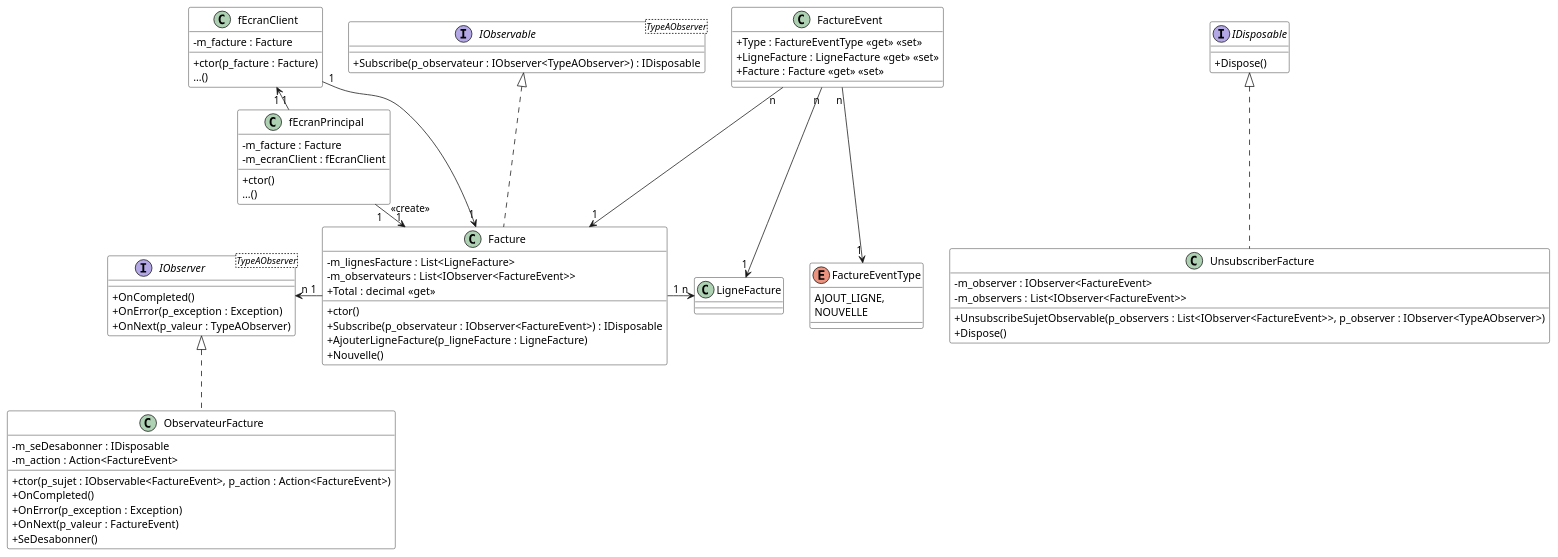
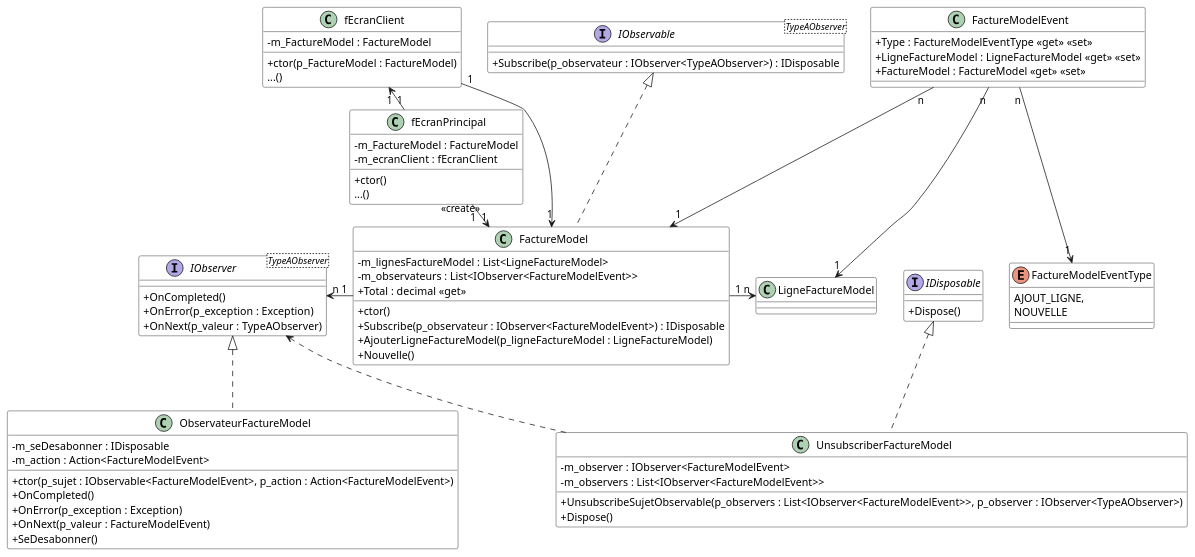
Before and after one commit to PiFou86/420-W30-SF: the diagram in Module10_Patrons_Conception02/diag/DiagFactureGen.wsd, drawn with PlantUML. The commit also changed 6 other files, not shown here.

Commit message:
Changement de Facture en FactureModel

```diff
--- a/Module10_Patrons_Conception02/diag/DiagFactureGen.wsd
+++ b/Module10_Patrons_Conception02/diag/DiagFactureGen.wsd
@@ -1,93 +1,94 @@
 @startuml DiagAppFactureGen
 
 skinparam classAttributeIconSize 0
 skinparam class {
     BackgroundColor White
     BorderColor #000
 }
 
 interface IDisposable {
     + Dispose()
 }
 
 interface IObservable<TypeAObserver> {
     + Subscribe(p_observateur : IObserver<TypeAObserver>) : IDisposable
 }
 
 interface IObserver<TypeAObserver> {
     + OnCompleted()
     + OnError(p_exception : Exception)
     + OnNext(p_valeur : TypeAObserver)
 }
 
-class Facture {
-    - m_lignesFacture : List<LigneFacture>
-    - m_observateurs : List<IObserver<FactureEvent>>
+class FactureModel {
+    - m_lignesFactureModel : List<LigneFactureModel>
+    - m_observateurs : List<IObserver<FactureModelEvent>>
     + Total : decimal <<get>>
     + ctor()
-    + Subscribe(p_observateur : IObserver<FactureEvent>) : IDisposable
-    + AjouterLigneFacture(p_ligneFacture : LigneFacture)
+    + Subscribe(p_observateur : IObserver<FactureModelEvent>) : IDisposable
+    + AjouterLigneFactureModel(p_ligneFactureModel : LigneFactureModel)
     + Nouvelle()
 }
 
 class fEcranPrincipal {
-    - m_facture : Facture
+    - m_FactureModel : FactureModel
     - m_ecranClient : fEcranClient
     + ctor()
     ...()
 }
 
 class fEcranClient {
-    - m_facture : Facture
-    + ctor(p_facture : Facture)
+    - m_FactureModel : FactureModel
+    + ctor(p_FactureModel : FactureModel)
     ...()
 }
 
-class ObservateurFacture {
+class ObservateurFactureModel {
     - m_seDesabonner : IDisposable
-    - m_action : Action<FactureEvent>
-    + ctor(p_sujet : IObservable<FactureEvent>, p_action : Action<FactureEvent>)
+    - m_action : Action<FactureModelEvent>
+    + ctor(p_sujet : IObservable<FactureModelEvent>, p_action : Action<FactureModelEvent>)
     + OnCompleted()
     + OnError(p_exception : Exception)
-    + OnNext(p_valeur : FactureEvent)
+    + OnNext(p_valeur : FactureModelEvent)
     + SeDesabonner()
 }
 
-class UnsubscriberFacture {
-    - m_observer : IObserver<FactureEvent>
-    - m_observers : List<IObserver<FactureEvent>>
-    + UnsubscribeSujetObservable(p_observers : List<IObserver<FactureEvent>>, p_observer : IObserver<TypeAObserver>)
+class UnsubscriberFactureModel {
+    - m_observer : IObserver<FactureModelEvent>
+    - m_observers : List<IObserver<FactureModelEvent>>
+    + UnsubscribeSujetObservable(p_observers : List<IObserver<FactureModelEvent>>, p_observer : IObserver<TypeAObserver>)
     + Dispose()
 }
 
-class FactureEvent {
-    + Type : FactureEventType <<get>> <<set>>
-    + LigneFacture : LigneFacture <<get>> <<set>>
-    + Facture : Facture <<get>> <<set>>
+class FactureModelEvent {
+    + Type : FactureModelEventType <<get>> <<set>>
+    + LigneFactureModel : LigneFactureModel <<get>> <<set>>
+    + FactureModel : FactureModel <<get>> <<set>>
 }
 
-enum FactureEventType {
+enum FactureModelEventType {
     AJOUT_LIGNE,
     NOUVELLE
 }
 
-FactureEvent "n" --> "1" Facture
-FactureEvent "n" --> "1" LigneFacture
-FactureEvent "n" --> "1" FactureEventType
+FactureModelEvent "n" --> "1" FactureModel
+FactureModelEvent "n" --> "1" LigneFactureModel
+FactureModelEvent "n" --> "1" FactureModelEventType
 
-fEcranPrincipal "1" -right-> "1" Facture : <<create>>
+fEcranPrincipal "1" -right-> "1" FactureModel : <<create>>
 fEcranPrincipal "1" -left-> "1" fEcranClient
-'fEcranPrincipal "1" ..> "1" ObservateurFacture : <<create>>
+'fEcranPrincipal "1" ..> "1" ObservateurFactureModel : <<create>>
 
-Facture "1" -left-> "n" IObserver
-Facture "1" -right-> "n" LigneFacture
+FactureModel "1" -left-> "n" IObserver
+FactureModel "1" -right-> "n" LigneFactureModel
 
-fEcranClient "1" --> "1" Facture
-'fEcranClient "1" ..> "1" ObservateurFacture : <<create>>
+fEcranClient "1" --> "1" FactureModel
+'fEcranClient "1" ..> "1" ObservateurFactureModel : <<create>>
 
-IObserver <|.. ObservateurFacture
-IDisposable <|.. UnsubscriberFacture
-IObservable <|.. Facture
+IObserver <|.. ObservateurFactureModel
+IDisposable <|.. UnsubscriberFactureModel
+IObserver <.. UnsubscriberFactureModel
+IObservable <|.. FactureModel
 
 
 @enduml
```
